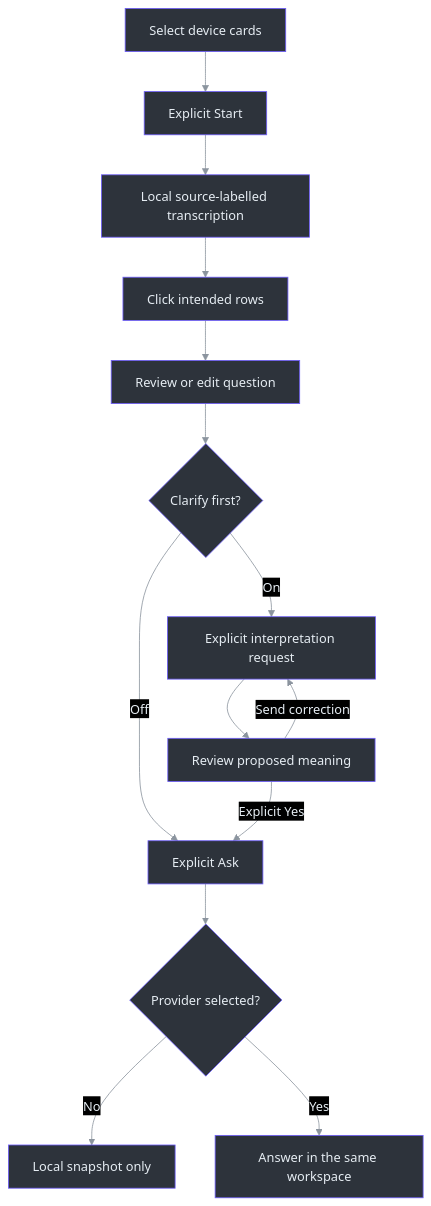
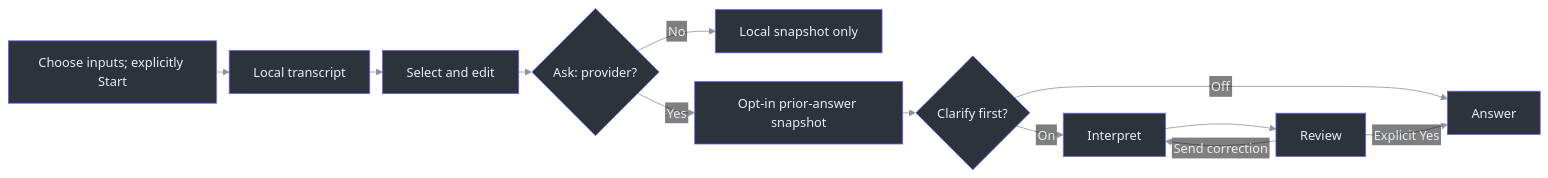
The first of 2 diagrams in docs/CURRENT-WORKFLOW.md (Zanark/phantom-fudge), drawn with Mermaid before and after one commit. The commit also changed other lines of this file and 129 other files, not shown here.

````diff
--- a/docs/CURRENT-WORKFLOW.md
+++ b/docs/CURRENT-WORKFLOW.md
@@ -45,33 +46,35 @@
 ```mermaid
 ---
-config: {"theme":"base","themeVariables":{"darkMode":true,"primaryColor":"#2d333b","primaryBorderColor":"#6d5dfc","primaryTextColor":"#e6edf3","lineColor":"#8b949e","textColor":"#e6edf3"}}
+config:
+  theme: base
+  flowchart:
+    nodeSpacing: 36
+    rankSpacing: 16
+    htmlLabels: false
+  themeVariables: {"darkMode":true,"primaryColor":"#2d333b","primaryBorderColor":"#6d5dfc","primaryTextColor":"#e6edf3","lineColor":"#8b949e","textColor":"#e6edf3"}
 ---
-flowchart TB
+flowchart LR
     accTitle: Current question workflow
-    accDescr: Device selection, capture, question composition and provider requests are separate deliberate actions. Clarification is optional and never auto-confirms.
-    Cards["Select device cards"] --> Start["Explicit Start"]
-    Start --> Transcript["Local source-labelled transcription"]
-    Transcript --> Select["Click intended rows"]
-    Select --> Draft["Review or edit question"]
-    Draft --> Mode{"Clarify first?"}
-    Mode -->|Off| Ask["Explicit Ask"]
-    Mode -->|On| Interpret["Explicit interpretation request"]
-    Interpret --> Review["Review proposed meaning"]
+    accDescr: Device selection, capture, question composition and provider requests are separate deliberate actions. Optional previous-answer context is snapshotted before interpretation, and clarification never auto-confirms.
+    Cards["Choose inputs; explicitly Start"] --> Transcript["Local transcript"]
+    Transcript --> Draft["Select and edit"]
+    Draft --> Destination{"Ask: provider?"}
+    Destination -->|No| Frozen["Local snapshot only"]
+    Destination -->|Yes| Context["Opt-in prior-answer snapshot"]
+    Context --> Mode{"Clarify first?"}
+    Mode -->|Off| Answer["Answer"]
+    Mode -->|On| Interpret["Interpret"]
+    Interpret --> Review["Review"]
     Review -->|Send correction| Interpret
-    Review -->|Explicit Yes| Ask
-    Ask --> Destination{"Provider selected?"}
-    Destination -->|No| Frozen["Local snapshot only"]
-    Destination -->|Yes| Answer["Answer in the same workspace"]
+    Review -->|Explicit Yes| Answer
     style Cards fill:#2d333b,stroke:#6d5dfc,color:#e6edf3
-    style Start fill:#2d333b,stroke:#6d5dfc,color:#e6edf3
     style Transcript fill:#2d333b,stroke:#6d5dfc,color:#e6edf3
-    style Select fill:#2d333b,stroke:#6d5dfc,color:#e6edf3
     style Draft fill:#2d333b,stroke:#6d5dfc,color:#e6edf3
+    style Context fill:#2d333b,stroke:#6d5dfc,color:#e6edf3
     style Mode fill:#2d333b,stroke:#6d5dfc,color:#e6edf3
-    style Ask fill:#2d333b,stroke:#6d5dfc,color:#e6edf3
     style Interpret fill:#2d333b,stroke:#6d5dfc,color:#e6edf3
     style Review fill:#2d333b,stroke:#6d5dfc,color:#e6edf3
     style Answer fill:#2d333b,stroke:#6d5dfc,color:#e6edf3
     style Destination fill:#2d333b,stroke:#6d5dfc,color:#e6edf3
     style Frozen fill:#2d333b,stroke:#6d5dfc,color:#e6edf3
 ```
````
